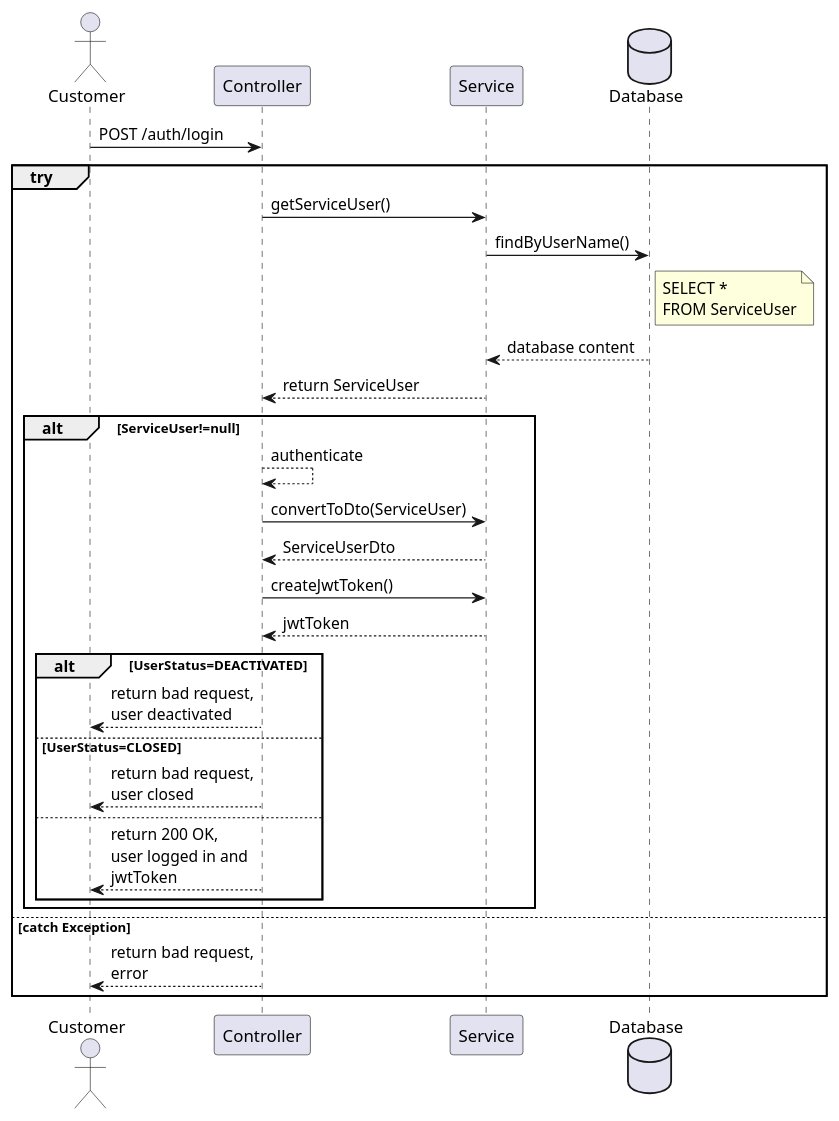
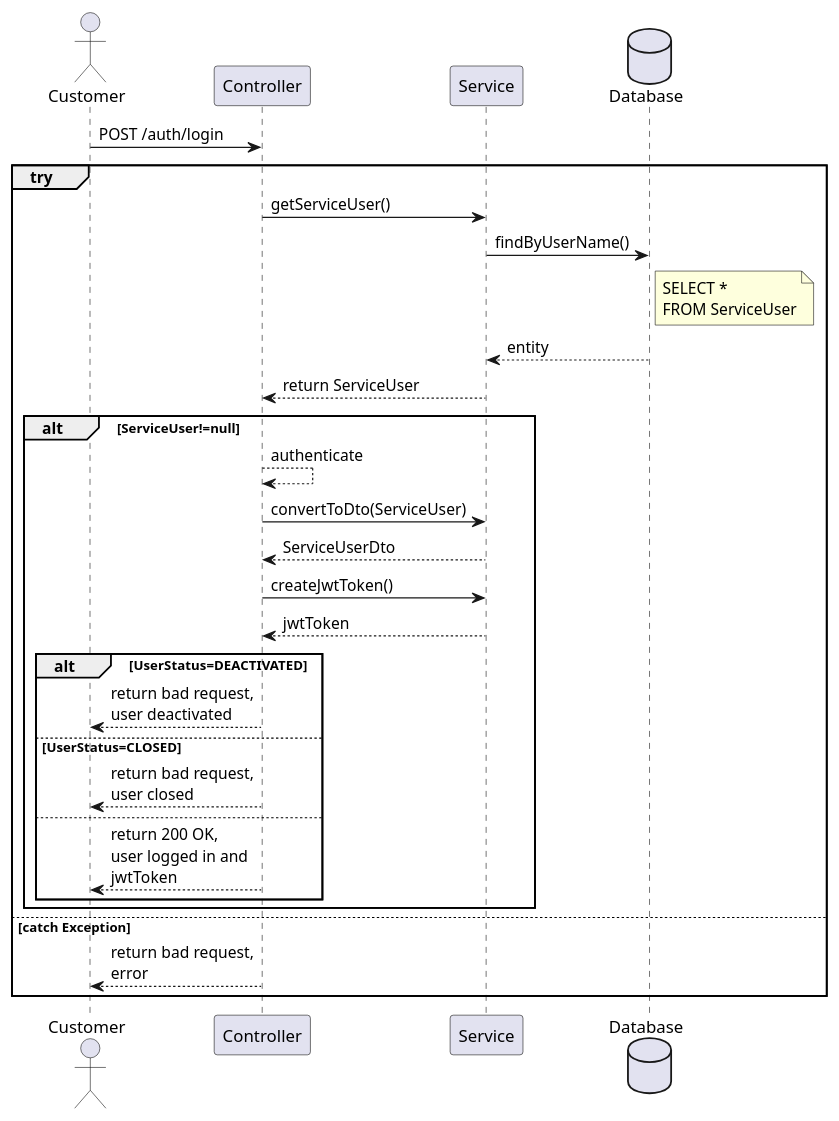
Before and after one commit to l-reginamh/hands-on-practices: the diagram in plantuml/authbanking-userlogin.puml, drawn with PlantUML. The commit also changed 14 other files, not shown here.

```diff
--- a/plantuml/authbanking-userlogin.puml
+++ b/plantuml/authbanking-userlogin.puml
@@ -1,48 +1,48 @@
 @startuml Online Banking User Login
 
 actor       Customer   as Cust
 participant Controller as C
 participant Service    as S
 database    Database   as DB
 
 Cust     ->   C       : POST /auth/login
 
 group try
 
     C    ->   S       : getServiceUser()
     S    ->   DB      : findByUserName()
     note right of DB  : SELECT *\nFROM ServiceUser
-    DB   -->  S       : database content
+    DB   -->  S       : entity
     S    -->  C       : return ServiceUser
 
     alt ServiceUser!=null
 
         C    -->  C   : authenticate
         C    ->   S   : convertToDto(ServiceUser)
         S    -->  C   : ServiceUserDto
         C    ->   S   : createJwtToken()
         S    -->  C   : jwtToken
 
         alt UserStatus=DEACTIVATED
             
             C --> Cust : return bad request,\nuser deactivated
         
         else UserStatus=CLOSED
 
             C --> Cust : return bad request,\nuser closed
 
         else
 
             C --> Cust : return 200 OK,\nuser logged in and\njwtToken
 
         end
 
     end
 
 else catch Exception
 
     C    -->  Cust : return bad request,\nerror
 
 end
 
 @enduml
```
